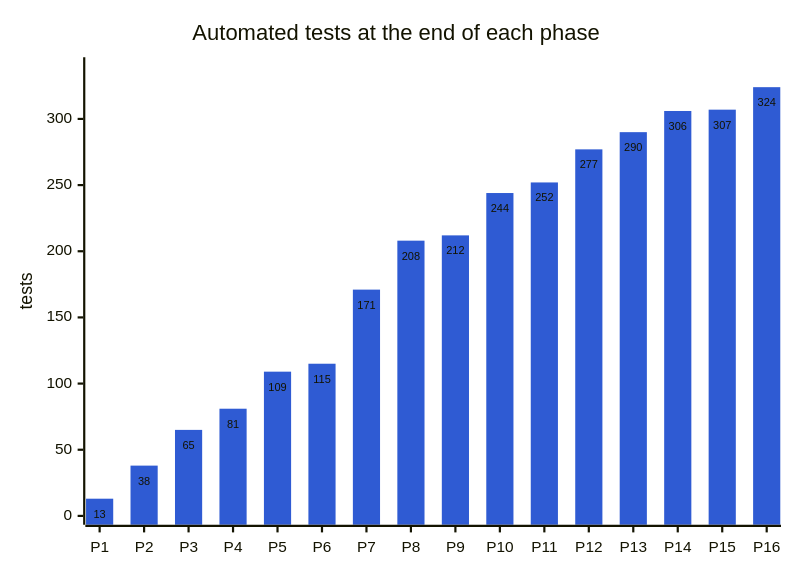
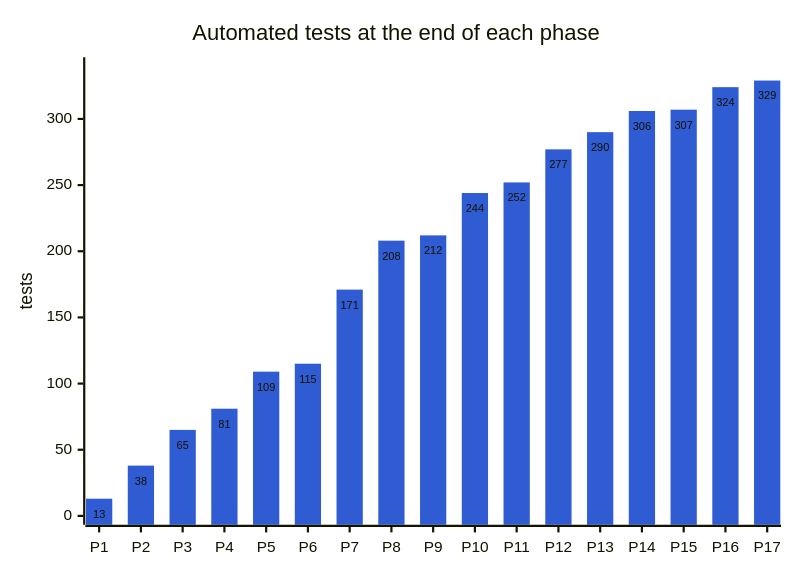
The diagram in docs/handbook/diagrams/14-chart-tests-by-phase.mmd (abdulmdev/sentinel-incident-copilot), drawn with Mermaid before and after one commit. The commit also changed 53 other files, not shown here.

```diff
--- a/docs/handbook/diagrams/14-chart-tests-by-phase.mmd
+++ b/docs/handbook/diagrams/14-chart-tests-by-phase.mmd
@@ -1,13 +1,13 @@
 ---
 config:
   xyChart:
     showDataLabel: true
   themeVariables:
     xyChart:
       plotColorPalette: "#2f5bd3"
 ---
 xychart-beta
   title "Automated tests at the end of each phase"
-  x-axis ["P1", "P2", "P3", "P4", "P5", "P6", "P7", "P8", "P9", "P10", "P11", "P12", "P13", "P14", "P15", "P16"]
+  x-axis ["P1", "P2", "P3", "P4", "P5", "P6", "P7", "P8", "P9", "P10", "P11", "P12", "P13", "P14", "P15", "P16", "P17"]
   y-axis "tests" 0 --> 340
-  bar [13, 38, 65, 81, 109, 115, 171, 208, 212, 244, 252, 277, 290, 306, 307, 324]
+  bar [13, 38, 65, 81, 109, 115, 171, 208, 212, 244, 252, 277, 290, 306, 307, 324, 329]
```
